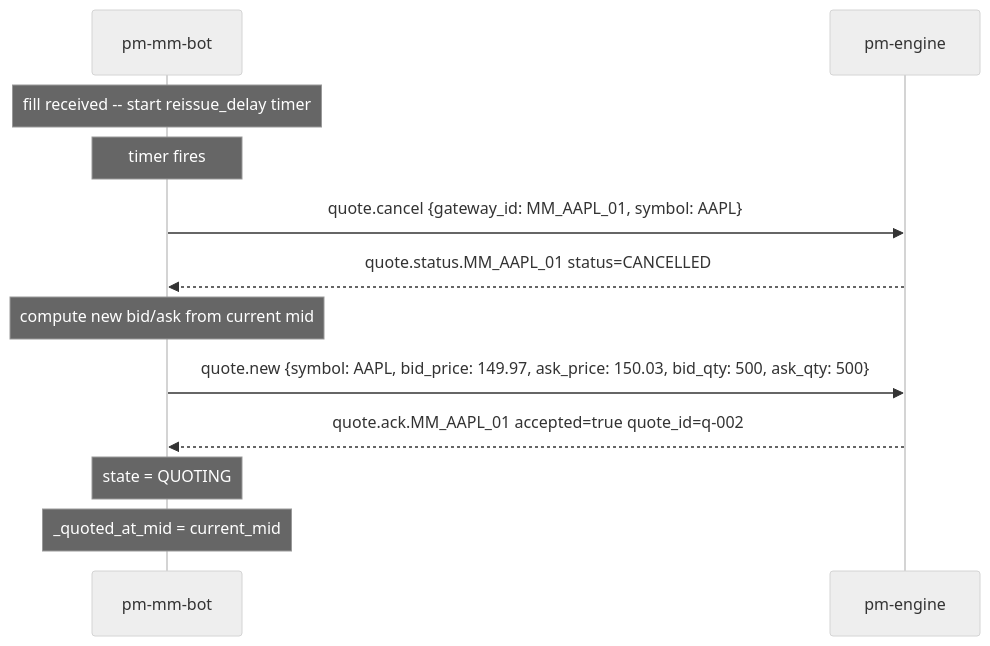
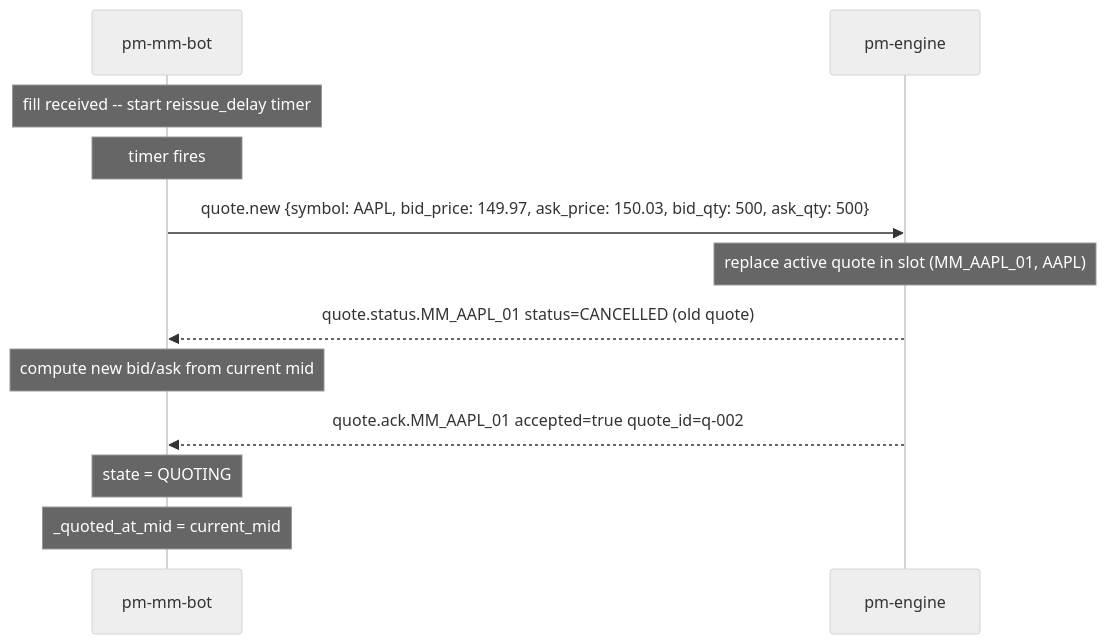
The fourth of 6 diagrams in docs-design/EduMatcher-MM-bots.md (johan162/EduMatcher), drawn with Mermaid (neutral theme) before and after one commit. The commit also changed other lines of this file and 10 other files, not shown here.

Commit message:
Added QBOOT command and message to find out initial Quote status in a new book

````diff
--- a/docs-design/EduMatcher-MM-bots.md
+++ b/docs-design/EduMatcher-MM-bots.md
@@ -449,15 +486,15 @@
 ```mermaid
 sequenceDiagram
     participant B as pm-mm-bot
     participant E as pm-engine
 
     Note over B: fill received -- start reissue_delay timer
     Note over B: timer fires
-    B->>E: quote.cancel {gateway_id: MM_AAPL_01, symbol: AAPL}
-    E-->>B: quote.status.MM_AAPL_01 status=CANCELLED
+    B->>E: quote.new {symbol: AAPL, bid_price: 149.97, ask_price: 150.03, bid_qty: 500, ask_qty: 500}
+    Note over E: replace active quote in slot (MM_AAPL_01, AAPL)
+    E-->>B: quote.status.MM_AAPL_01 status=CANCELLED (old quote)
     Note over B: compute new bid/ask from current mid
-    B->>E: quote.new {symbol: AAPL, bid_price: 149.97, ask_price: 150.03, bid_qty: 500, ask_qty: 500}
     E-->>B: quote.ack.MM_AAPL_01 accepted=true quote_id=q-002
     Note over B: state = QUOTING
     Note over B: _quoted_at_mid = current_mid
 ```
````
